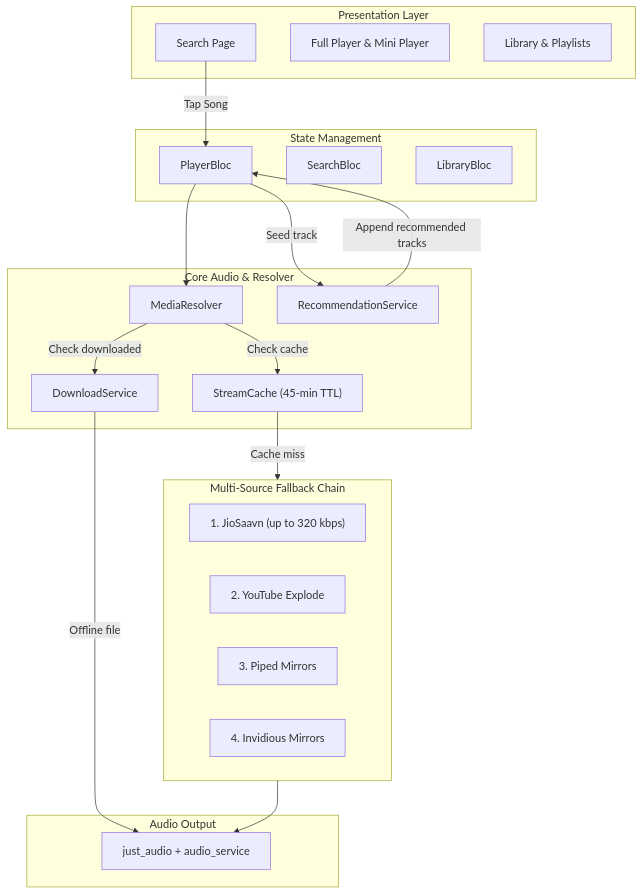
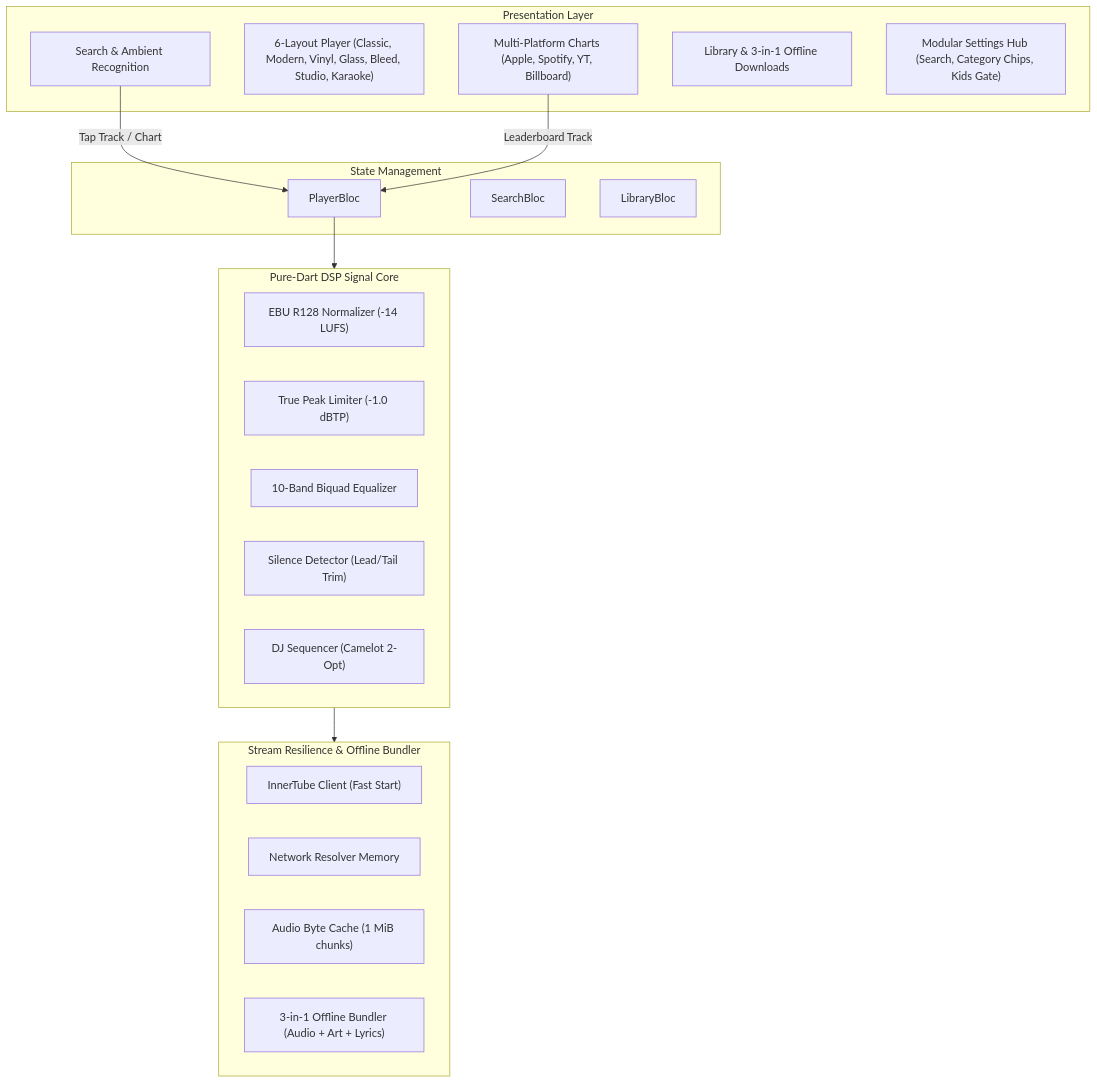
The diagram in README.md (Jeswanth-009/Prism-Music), drawn with Mermaid before and after one commit. The commit also changed other lines of this file and 3 other files, not shown here.

Commit message:
feat(settings): modular 9-section settings hub and documentation overhaul

````diff
--- a/README.md
+++ b/README.md
@@ -118,42 +147,36 @@
 ```mermaid
 flowchart TD
     subgraph UI ["Presentation Layer"]
-        Search["Search Page"]
-        Player["Full Player & Mini Player"]
-        Lib["Library & Playlists"]
+        Search["Search & Ambient Recognition"]
+        Player["6-Layout Player (Classic, Modern, Vinyl, Glass, Bleed, Studio, Karaoke)"]
+        Charts["Multi-Platform Charts (Apple, Spotify, YT, Billboard)"]
+        Lib["Library & 3-in-1 Offline Downloads"]
+        Settings["Modular Settings Hub (Search, Category Chips, Kids Gate)"]
     end
 
     subgraph Bloc ["State Management"]
         PB["PlayerBloc"]
         SB["SearchBloc"]
         LB["LibraryBloc"]
     end
 
-    subgraph AudioEngine ["Core Audio & Resolver"]
-        MR["MediaResolver"]
-        SC["StreamCache (45-min TTL)"]
-        RS["RecommendationService"]
-        DL["DownloadService"]
+    subgraph DSP ["Pure-Dart DSP Signal Core"]
+        EBU["EBU R128 Normalizer (-14 LUFS)"]
+        TP["True Peak Limiter (-1.0 dBTP)"]
+        EQ["10-Band Biquad Equalizer"]
+        SIL["Silence Detector (Lead/Tail Trim)"]
+        DJ["DJ Sequencer (Camelot 2-Opt)"]
     end
 
-    subgraph FallbackChain ["Multi-Source Fallback Chain"]
-        JIO["1. JioSaavn (up to 320 kbps)"]
-        YTE["2. YouTube Explode"]
-        PIP["3. Piped Mirrors"]
-        INV["4. Invidious Mirrors"]
+    subgraph StreamEngine ["Stream Resilience & Offline Bundler"]
+        IT["InnerTube Client (Fast Start)"]
+        NRM["Network Resolver Memory"]
+        ABC["Audio Byte Cache (1 MiB chunks)"]
+        DL["3-in-1 Offline Bundler (Audio + Art + Lyrics)"]
     end
 
-    subgraph PlayerService ["Audio Output"]
-        JA["just_audio + audio_service"]
-    end
-
-    Search -->|Tap Song| PB
-    PB -->|Seed track| RS
-    RS -->|Append recommended tracks| PB
-    PB --> MR
-    MR -->|Check downloaded| DL
-    MR -->|Check cache| SC
-    SC -->|Cache miss| FallbackChain
-    FallbackChain --> JA
-    DL -->|Offline file| JA
+    Search -->|Tap Track / Chart| PB
+    Charts -->|Leaderboard Track| PB
+    PB --> DSP
+    DSP --> StreamEngine
 ```
````
